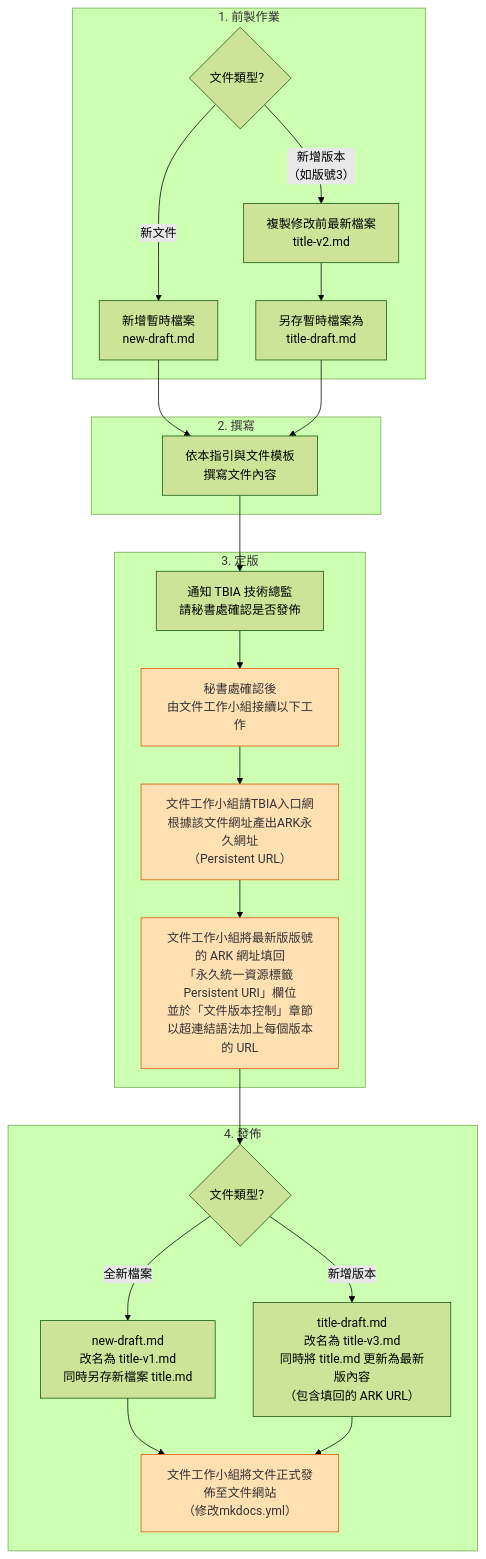
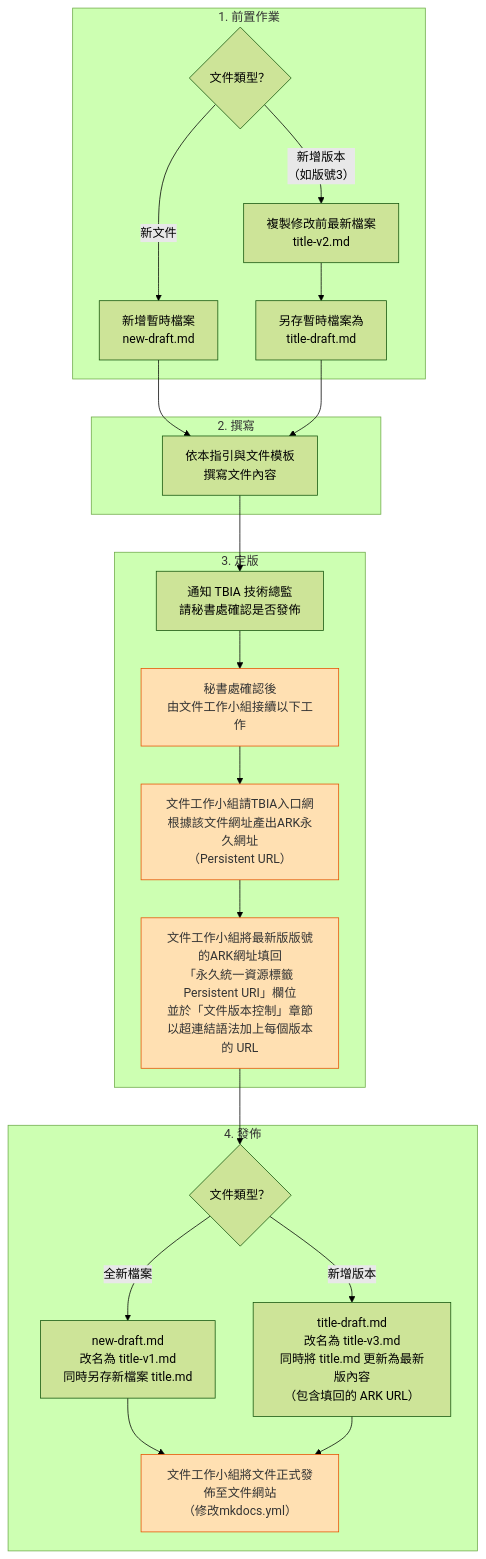
The diagram in docs/document_guidelines-draft.md (TBIA/docs), drawn with Mermaid (forest theme) before and after one commit. The commit also changed other lines of this file, not shown here.

````diff
--- a/docs/document_guidelines-draft.md
+++ b/docs/document_guidelines-draft.md
@@ -71,41 +71,41 @@
 ```mermaid
 flowchart TD
-    subgraph prep["1. 前製作業"]
+    subgraph prep["1. 前置作業"]
         A0{"文件類型？"}
         A0 -- 新文件 --> A1["新增暫時檔案<br/>new-draft.md"]
         A0 -- 新增版本<br/>（如版號3） --> A2["複製修改前最新檔案<br/>title-v2.md"] --> A3["另存暫時檔案為<br/>title-draft.md"]
     end
 
     A1 --> W1
     A3 --> W1
 
     subgraph write["2. 撰寫"]
         W1["依本指引與文件模板<br/>撰寫文件內容"]
     end
 
     W1 --> F1
 
     subgraph final["3. 定版"]
         F1["通知 TBIA 技術總監<br/>請秘書處確認是否發佈"] --> F2["秘書處確認後<br/>由文件工作小組接續以下工作"]
         F2 --> F3["文件工作小組請TBIA入口網<br/>根據該文件網址產出ARK永久網址<br/>（Persistent URL）"]
-        F3 --> F4["文件工作小組將最新版版號的 ARK 網址填回<br/>「永久統一資源標籤 Persistent URI」欄位<br/>並於「文件版本控制」章節<br/>以超連結語法加上每個版本的 URL"]
+        F3 --> F4["文件工作小組將最新版版號的ARK網址填回<br/>「永久統一資源標籤 Persistent URI」欄位<br/>並於「文件版本控制」章節<br/>以超連結語法加上每個版本的 URL"]
     end
 
     F4 --> P0
 
     subgraph publish["4. 發佈"]
         P0{"文件類型？"}
         P0 -- 全新檔案 --> P1["new-draft.md<br/>改名為 title-v1.md<br/>同時另存新檔案 title.md"]
         P0 -- 新增版本 --> P2["title-draft.md<br/>改名為 title-v3.md<br/>同時將 title.md 更新為最新版內容<br/>（包含填回的 ARK URL）"]
         P1 --> Z0
         P2 --> Z0
 
         Z0["文件工作小組將文件正式發佈至文件網站<br/>（修改mkdocs.yml）"]
 
     end
 
     
 
     classDef staff fill:#ffe0b2,stroke:#e65100,color:#333
     class F2,F3,F4,Z0 staff
 ```
````
